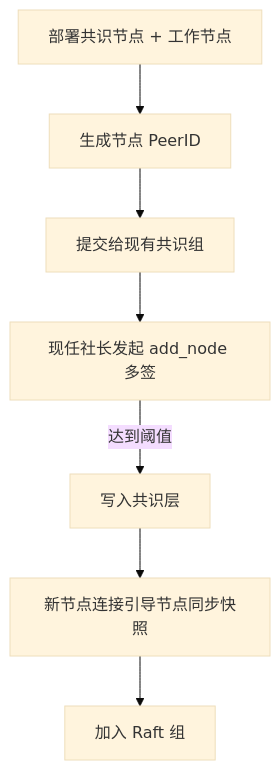
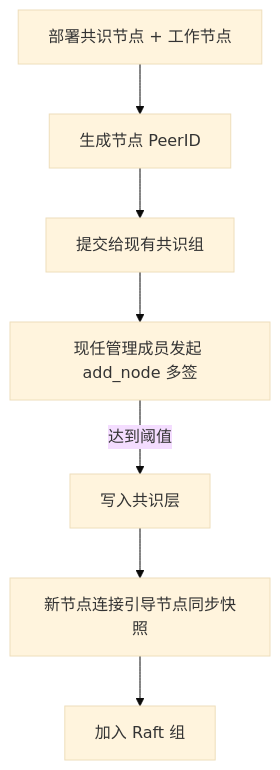
One commit to JLUCraft/docs changed the second of 2 diagrams in pages/design/deployment.md. Above: the diagram before and after it, drawn with Mermaid (base theme). The commit also changed other lines of this file and 23 other files, not shown here.

````diff
--- a/pages/design/deployment.md
+++ b/pages/design/deployment.md
@@ -76,9 +76,9 @@
 ```mermaid
 flowchart TB
   S1[部署共识节点 + 工作节点] --> S2[生成节点 PeerID]
   S2 --> S3[提交给现有共识组]
-  S3 --> S4[现任社长发起 add_node 多签]
+  S3 --> S4[现任管理成员发起 add_node 多签]
   S4 -->|达到阈值| S5[写入共识层]
   S5 --> S6[新节点连接引导节点同步快照]
   S6 --> S7[加入 Raft 组]
 ```
````
